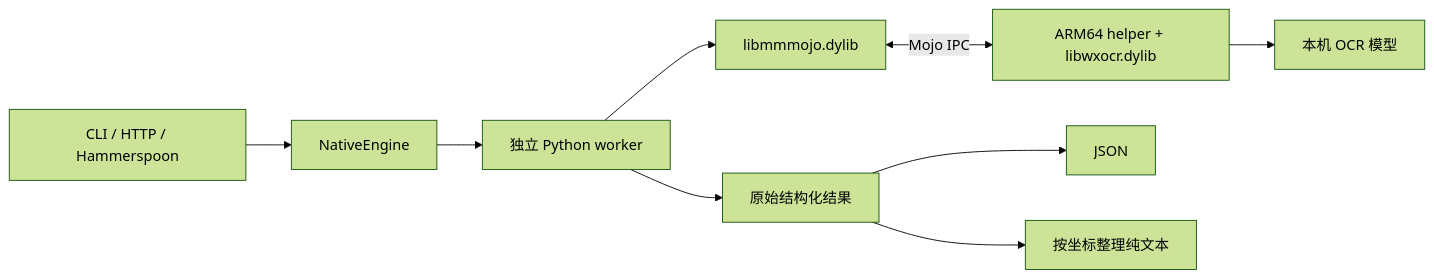
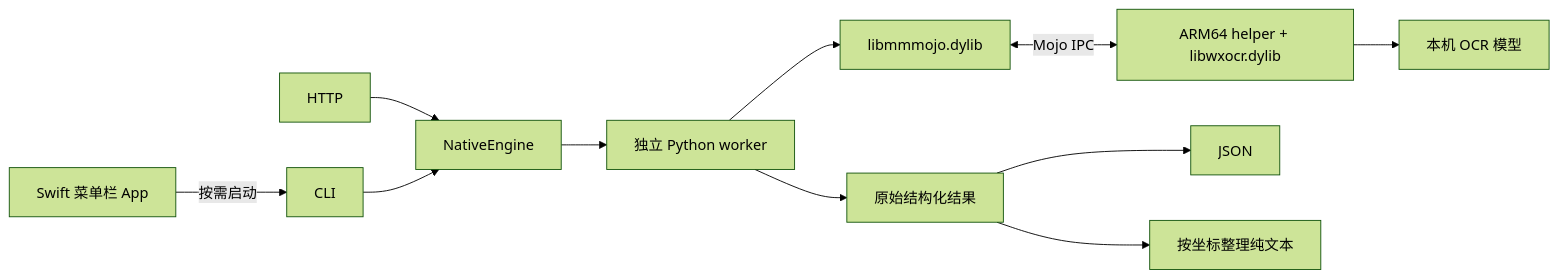
Before and after one commit to erniu96/screen-ocr: the diagram in docs/architecture.md, drawn with Mermaid (forest theme). The commit also changed other lines of this file and 15 other files, not shown here.

Commit message:
feat: add lightweight native menu bar screenshot app

````diff
--- a/docs/architecture.md
+++ b/docs/architecture.md
@@ -7,11 +7,13 @@
 ```mermaid
 flowchart LR
-    A[CLI / HTTP / Hammerspoon] --> B[NativeEngine]
+    S[Swift 菜单栏 App] -->|按需启动| A[CLI]
+    W[HTTP] --> B[NativeEngine]
+    A --> B
     B --> C[独立 Python worker]
     C --> D[libmmmojo.dylib]
     D <-->|Mojo IPC| E[ARM64 helper + libwxocr.dylib]
     E --> F[本机 OCR 模型]
     C --> G[原始结构化结果]
     G --> H[JSON]
     G --> I[按坐标整理纯文本]
 ```
````
